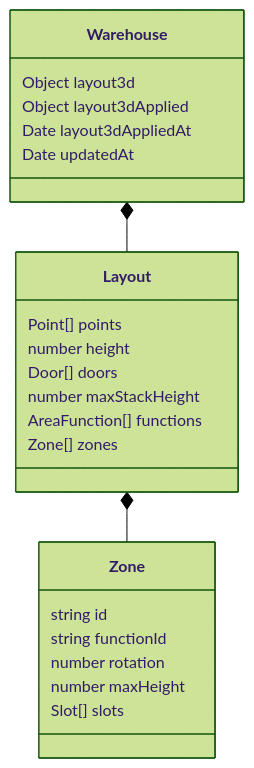
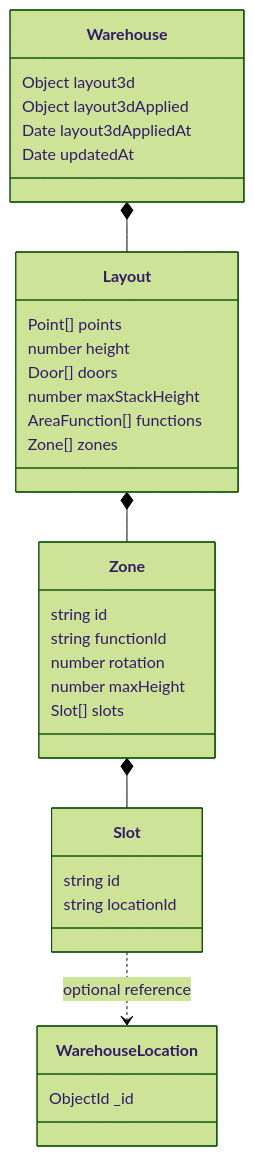
The diagram in git_doc/docs/10_Kho3D/STAGE2_ZONES.md (bupbalabup/wmsd_be), drawn with Mermaid (forest theme) before and after one commit. The commit also changed other lines of this file, not shown here.

````diff
--- a/git_doc/docs/10_Kho3D/STAGE2_ZONES.md
+++ b/git_doc/docs/10_Kho3D/STAGE2_ZONES.md
@@ -43,26 +48,35 @@
 ```mermaid
 classDiagram
   class Warehouse {
     Object layout3d
     Object layout3dApplied
     Date layout3dAppliedAt
     Date updatedAt
   }
   class Layout {
     Point[] points
     number height
     Door[] doors
     number maxStackHeight
     AreaFunction[] functions
     Zone[] zones
   }
   class Zone {
     string id
     string functionId
     number rotation
     number maxHeight
     Slot[] slots
   }
+  class Slot {
+    string id
+    string locationId
+  }
+  class WarehouseLocation {
+    ObjectId _id
+  }
   Layout *-- Zone
+  Zone *-- Slot
+  Slot ..> WarehouseLocation : optional reference
   Warehouse *-- Layout
 ```
````
